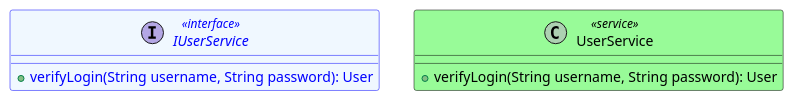
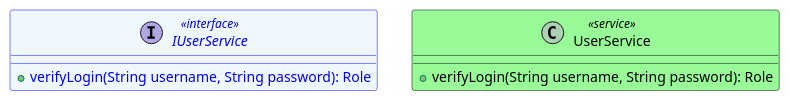
One commit to FernandoMulato/Piedrazul-Medical-Services-Network changed the diagram in 1.Project-with_Monolithic_Architecture/mod_app_piedrazul_medical_services_network/Application/dClassApplicationOperations.puml. Above: the diagram before and after it, drawn with PlantUML. The commit also changed 3 other files, not shown here.

```diff
--- a/1.Project-with_Monolithic_Architecture/mod_app_piedrazul_medical_services_network/Application/dClassApplicationOperations.puml
+++ b/1.Project-with_Monolithic_Architecture/mod_app_piedrazul_medical_services_network/Application/dClassApplicationOperations.puml
@@ -1,11 +1,11 @@
 @startuml ApplicationOperationsClasses
 
 interface IUserService <<interface>> #aliceblue;line:blue;text:blue {
-  +verifyLogin(String username, String password): User
+  +verifyLogin(String username, String password): Role
 }
 
 class UserService <<service>> #PaleGreen;line:Black;text:Black {
-  +verifyLogin(String username, String password): User
+  +verifyLogin(String username, String password): Role
 }
 
 @enduml
```
